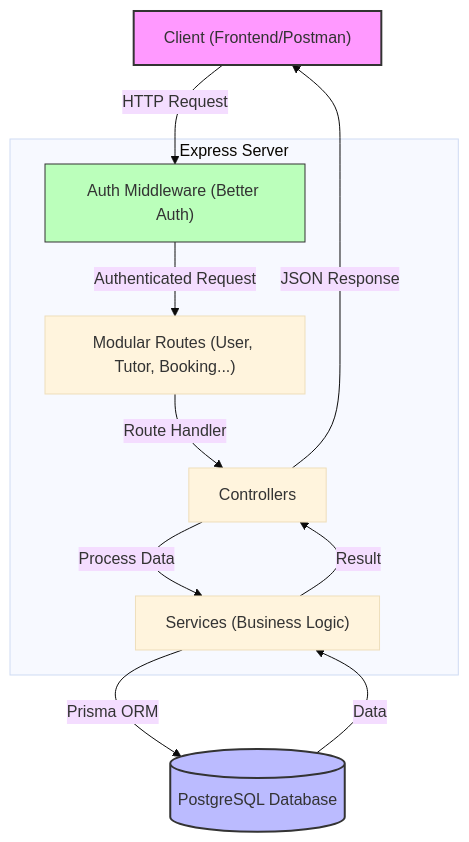
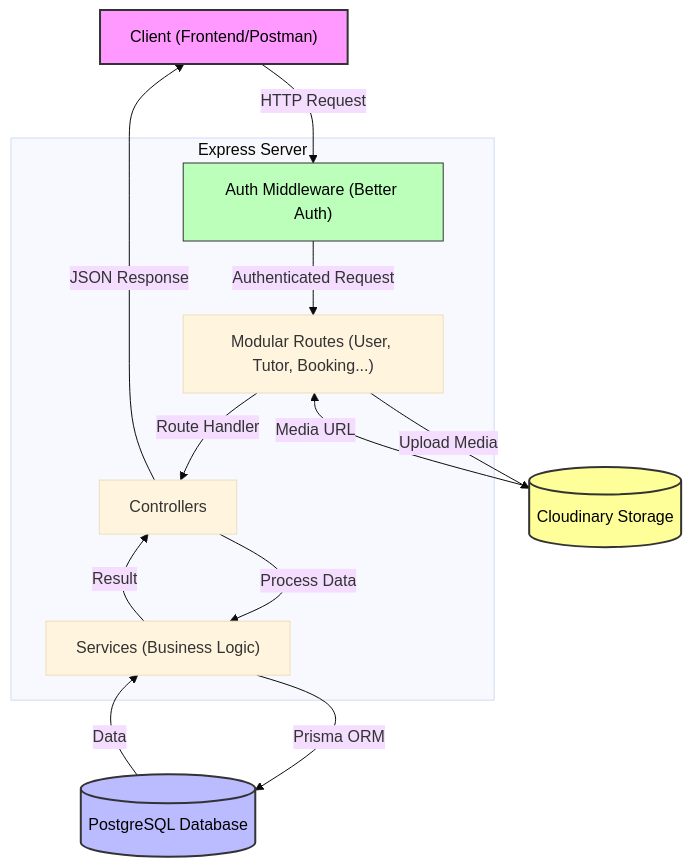
One commit to SkillexSJ/SkillBridge-Backend changed the second of 2 diagrams in README.md. Above: the diagram before and after it, drawn with Mermaid (base theme). The commit also changed other lines of this file, not shown here.

Commit message:
Enhance diagram styles in README.md
Updated the backend architecture diagram styles in README.

````diff
--- a/README.md
+++ b/README.md
@@ -150,26 +150,30 @@
 ```mermaid
 graph TD
     Client["Client (Frontend/Postman)"]
 
     subgraph Server [Express Server]
         Middleware["Auth Middleware (Better Auth)"]
         Router["Modular Routes (User, Tutor, Booking...)"]
         Controller["Controllers"]
         Service["Services (Business Logic)"]
     end
 
     Database[("PostgreSQL Database")]
+    Cloudinary[("Cloudinary Storage")]
 
     Client -->|HTTP Request| Middleware
     Middleware -->|Authenticated Request| Router
+    Router -->|Upload Media| Cloudinary
+    Cloudinary -->|Media URL| Router
     Router -->|Route Handler| Controller
     Controller -->|Process Data| Service
     Service -->|Prisma ORM| Database
     Database -->|Data| Service
     Service -->|Result| Controller
     Controller -->|JSON Response| Client
 
-    style Client fill:#f9f,stroke:#333,stroke-width:2px
-    style Database fill:#bbf,stroke:#333,stroke-width:2px
-    style Middleware fill:#bfb,stroke:#333,stroke-width:1px
+    style Client fill:#f9f,stroke:#333,stroke-width:2px,color:#000
+    style Database fill:#bbf,stroke:#333,stroke-width:2px,color:#000
+    style Middleware fill:#bfb,stroke:#333,stroke-width:1px,color:#000
+    style Cloudinary fill:#ff9,stroke:#333,stroke-width:2px,color:#000
 ```
````
